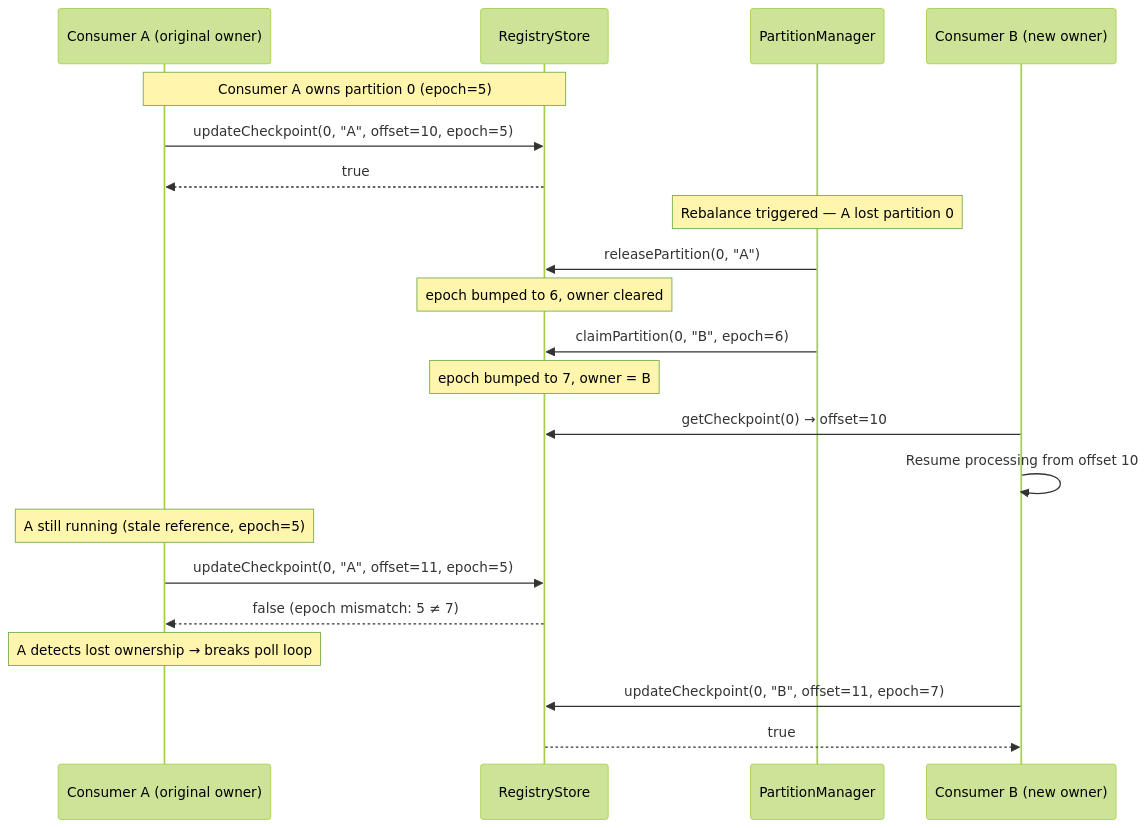
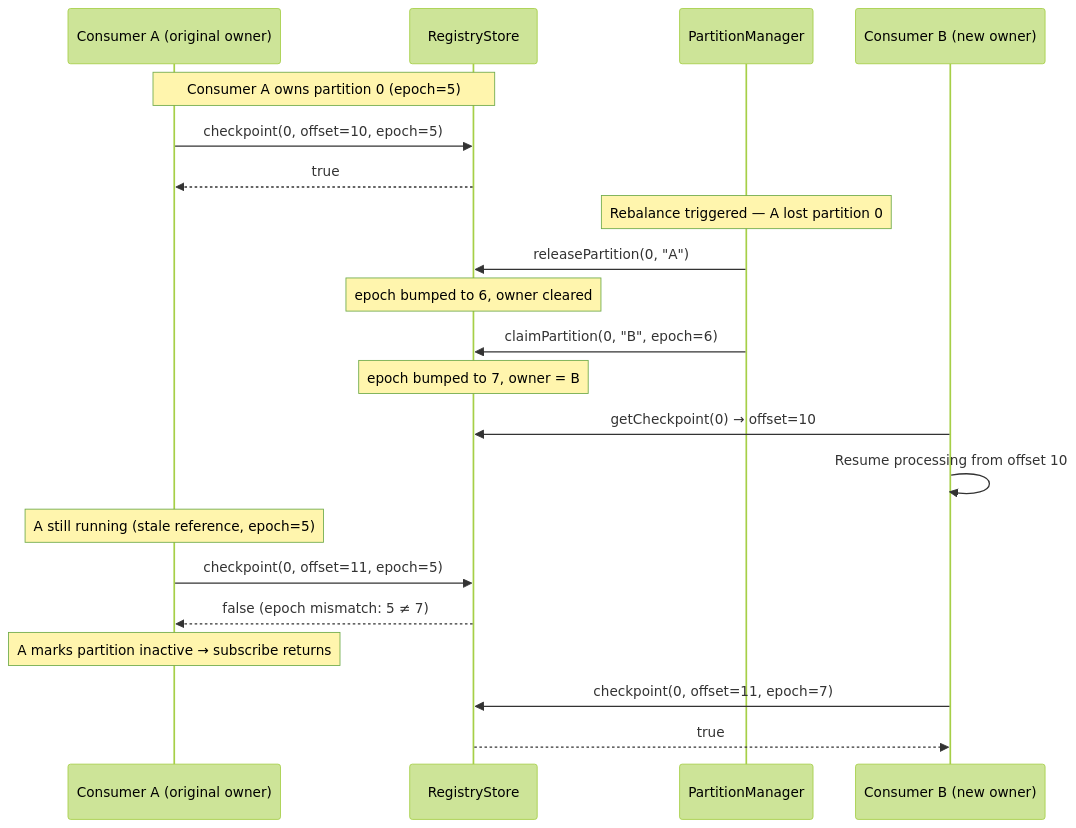
One commit to Prashant2603/pxrs changed the eighth of 11 diagrams in README.md. Above: the diagram before and after it, drawn with Mermaid (forest theme). The commit also changed other lines of this file and 23 other files, not shown here.

````diff
--- a/README.md
+++ b/README.md
@@ -284,29 +313,29 @@
 ```mermaid
 sequenceDiagram
     participant A as Consumer A (original owner)
     participant RS as RegistryStore
     participant PM as PartitionManager
     participant B as Consumer B (new owner)
 
     Note over A,RS: Consumer A owns partition 0 (epoch=5)
-    A->>RS: updateCheckpoint(0, "A", offset=10, epoch=5)
+    A->>RS: checkpoint(0, offset=10, epoch=5)
     RS-->>A: true
 
     Note over PM: Rebalance triggered — A lost partition 0
     PM->>RS: releasePartition(0, "A")
     Note over RS: epoch bumped to 6, owner cleared
 
     PM->>RS: claimPartition(0, "B", epoch=6)
     Note over RS: epoch bumped to 7, owner = B
 
     B->>RS: getCheckpoint(0) → offset=10
     B->>B: Resume processing from offset 10
 
     Note over A: A still running (stale reference, epoch=5)
-    A->>RS: updateCheckpoint(0, "A", offset=11, epoch=5)
+    A->>RS: checkpoint(0, offset=11, epoch=5)
     RS-->>A: false (epoch mismatch: 5 ≠ 7)
-    Note over A: A detects lost ownership → breaks poll loop
+    Note over A: A marks partition inactive → subscribe returns
 
-    B->>RS: updateCheckpoint(0, "B", offset=11, epoch=7)
+    B->>RS: checkpoint(0, offset=11, epoch=7)
     RS-->>B: true
 ```
````
